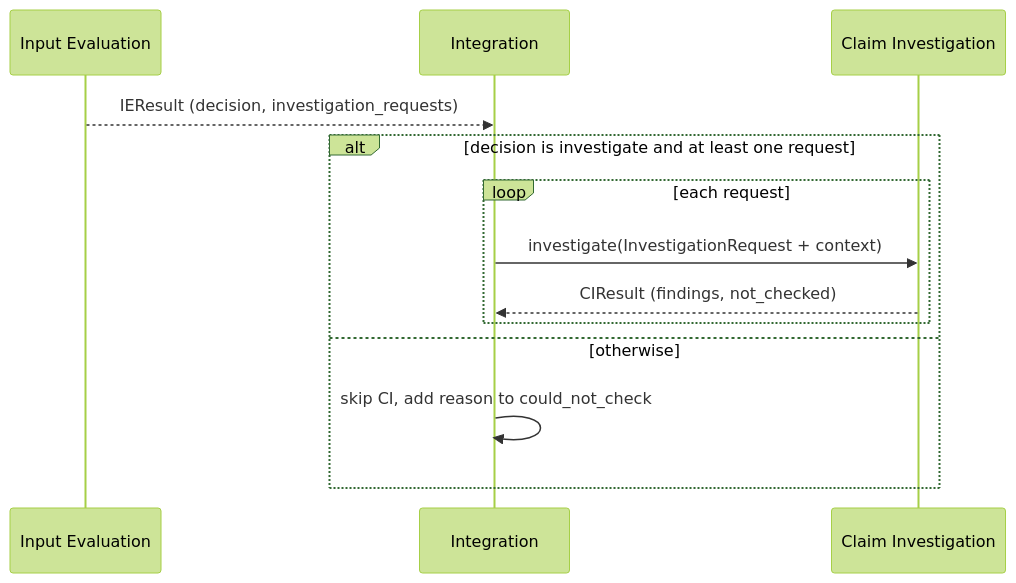
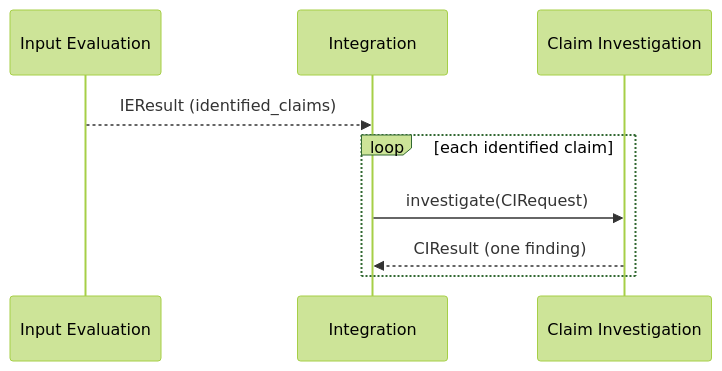
Before and after one commit to invisible-work-initiative/bug-report-evaluator: the diagram in documentation/interfaces/claim-investigation-integration.md, drawn with Mermaid (forest theme). The commit also changed other lines of this file and 31 other files, not shown here.

````diff
--- a/documentation/interfaces/claim-investigation-integration.md
+++ b/documentation/interfaces/claim-investigation-integration.md
@@ -40,15 +32,11 @@
 ```mermaid
 sequenceDiagram
     participant E as Input Evaluation
     participant I as Integration
     participant C as Claim Investigation
-    E-->>I: IEResult (decision, investigation_requests)
-    alt decision is investigate and at least one request
-        loop each request
-            I->>C: investigate(InvestigationRequest + context)
-            C-->>I: CIResult (findings, not_checked)
-        end
-    else otherwise
-        I->>I: skip CI, add reason to could_not_check
+    E-->>I: IEResult (identified_claims)
+    loop each identified claim
+        I->>C: investigate(CIRequest)
+        C-->>I: CIResult (one finding)
     end
 ```
````
